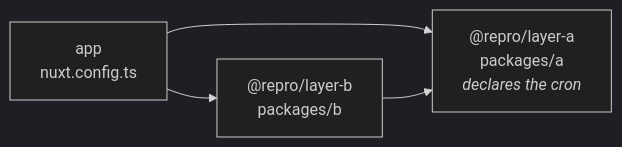
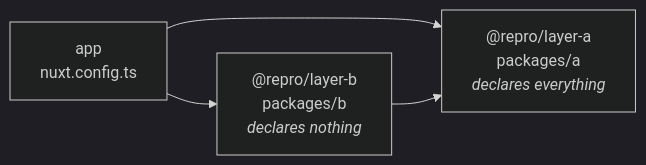
The first of 2 diagrams in README.md (jd-solanki/reproductions), drawn with Mermaid (dark theme) before and after one commit. The commit also changed other lines of this file and 7 other files, not shown here.

First line of the commit message:
repro: show the merged config against the deduped layer list

````diff
--- a/README.md
+++ b/README.md
@@ -42,6 +54,6 @@
 ```mermaid
 graph LR
-  app["app<br/>nuxt.config.ts"] --> a["@repro/layer-a<br/>packages/a<br/><i>declares the cron</i>"]
-  app --> b["@repro/layer-b<br/>packages/b"]
+  app["app<br/>nuxt.config.ts"] --> a["@repro/layer-a<br/>packages/a<br/><i>declares everything</i>"]
+  app --> b["@repro/layer-b<br/>packages/b<br/><i>declares nothing</i>"]
   b --> a
 ```
````
